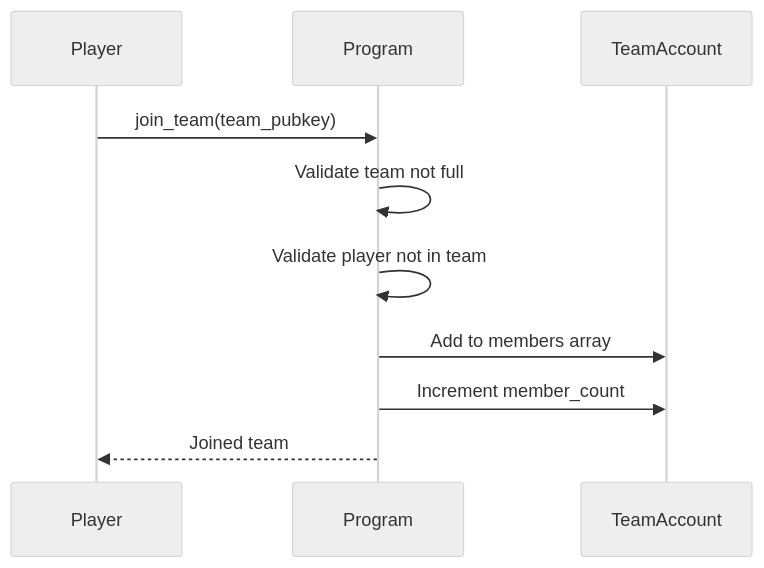
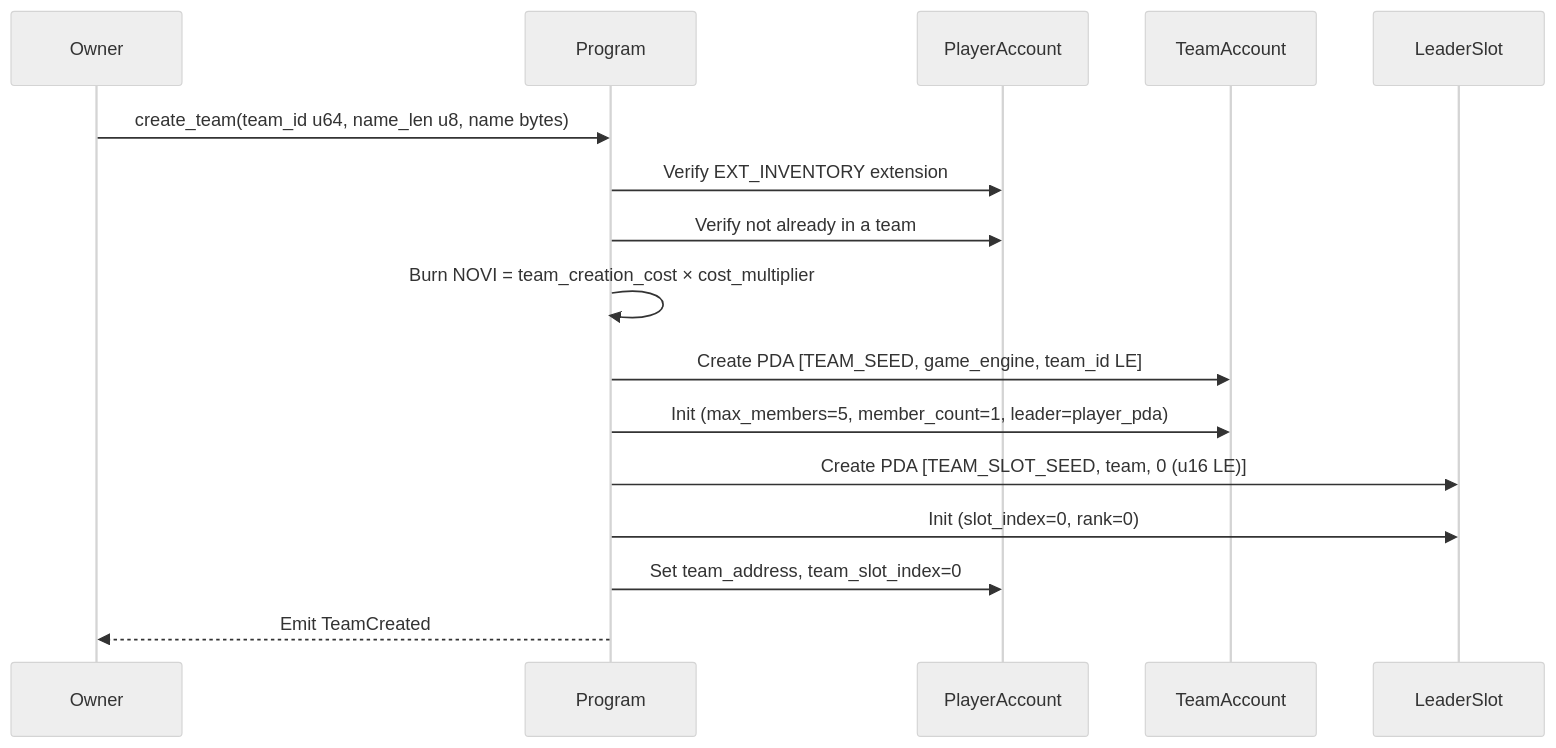
One commit to crypt0miester/novus-mundus changed the sixth of 6 diagrams in docs/onchain/04-systems/teams.md. Above: the diagram before and after it, drawn with Mermaid (neutral theme). The commit also changed other lines of this file and 259 other files, not shown here.

Commit message:
Add player journey game plan: narrative arc, the Steward, estate redesign and Market unbundling

````diff
--- a/docs/onchain/04-systems/teams.md
+++ b/docs/onchain/04-systems/teams.md
@@ -109,13 +225,19 @@
 ```mermaid
 sequenceDiagram
-    participant Player
+    participant Owner
     participant Program
+    participant PlayerAccount
     participant TeamAccount
+    participant LeaderSlot
 
-    Player->>Program: join_team(team_pubkey)
-    Program->>Program: Validate team not full
-    Program->>Program: Validate player not in team
-    Program->>TeamAccount: Add to members array
-    Program->>TeamAccount: Increment member_count
-    Program-->>Player: Joined team
+    Owner->>Program: create_team(team_id u64, name_len u8, name bytes)
+    Program->>PlayerAccount: Verify EXT_INVENTORY extension
+    Program->>PlayerAccount: Verify not already in a team
+    Program->>Program: Burn NOVI = team_creation_cost × cost_multiplier
+    Program->>TeamAccount: Create PDA [TEAM_SEED, game_engine, team_id LE]
+    Program->>TeamAccount: Init (max_members=5, member_count=1, leader=player_pda)
+    Program->>LeaderSlot: Create PDA [TEAM_SLOT_SEED, team, 0 (u16 LE)]
+    Program->>LeaderSlot: Init (slot_index=0, rank=0)
+    Program->>PlayerAccount: Set team_address, team_slot_index=0
+    Program-->>Owner: Emit TeamCreated
 ```
````
